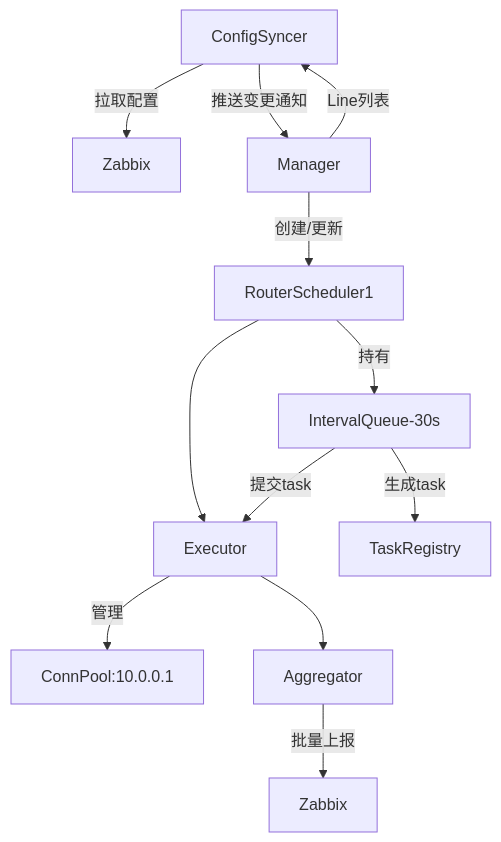
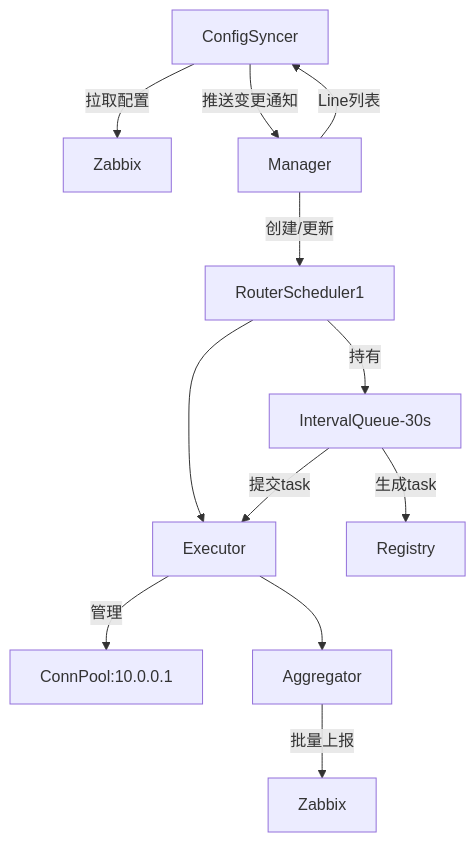
One commit to charlesren/zabbix_ddl_monitor changed the first of 4 diagrams in spec/line_monitoring/design.md. Above: the diagram before and after it, drawn with Mermaid. The commit also changed other lines of this file and 4 other files, not shown here.

````diff
--- a/spec/line_monitoring/design.md
+++ b/spec/line_monitoring/design.md
@@ -11,14 +11,14 @@
 ```mermaid
 graph TD
     A[ConfigSyncer] -->|拉取配置| B[Zabbix]
     C[Manager] -->|Line列表| A
     A -->|推送变更通知| C
     C -->|创建/更新| D[RouterScheduler1]
     D -->|持有| F[IntervalQueue-30s]
     D --> J[Executor]
     J -->|管理| L[ConnPool:10.0.0.1]
-    F -->|生成task| N[TaskRegistry]
+    F -->|生成task| N[Registry]
     F -->|提交task| J
     J --> O[Aggregator]
     O -->|批量上报| P[Zabbix]
 ```
````
